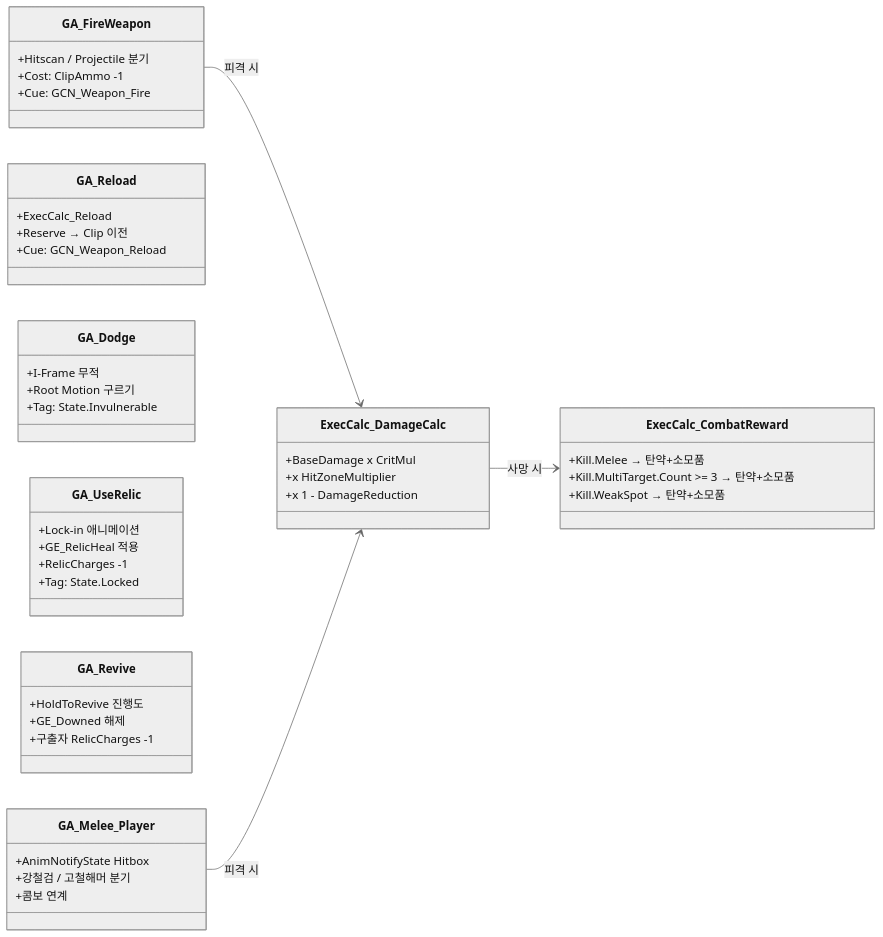
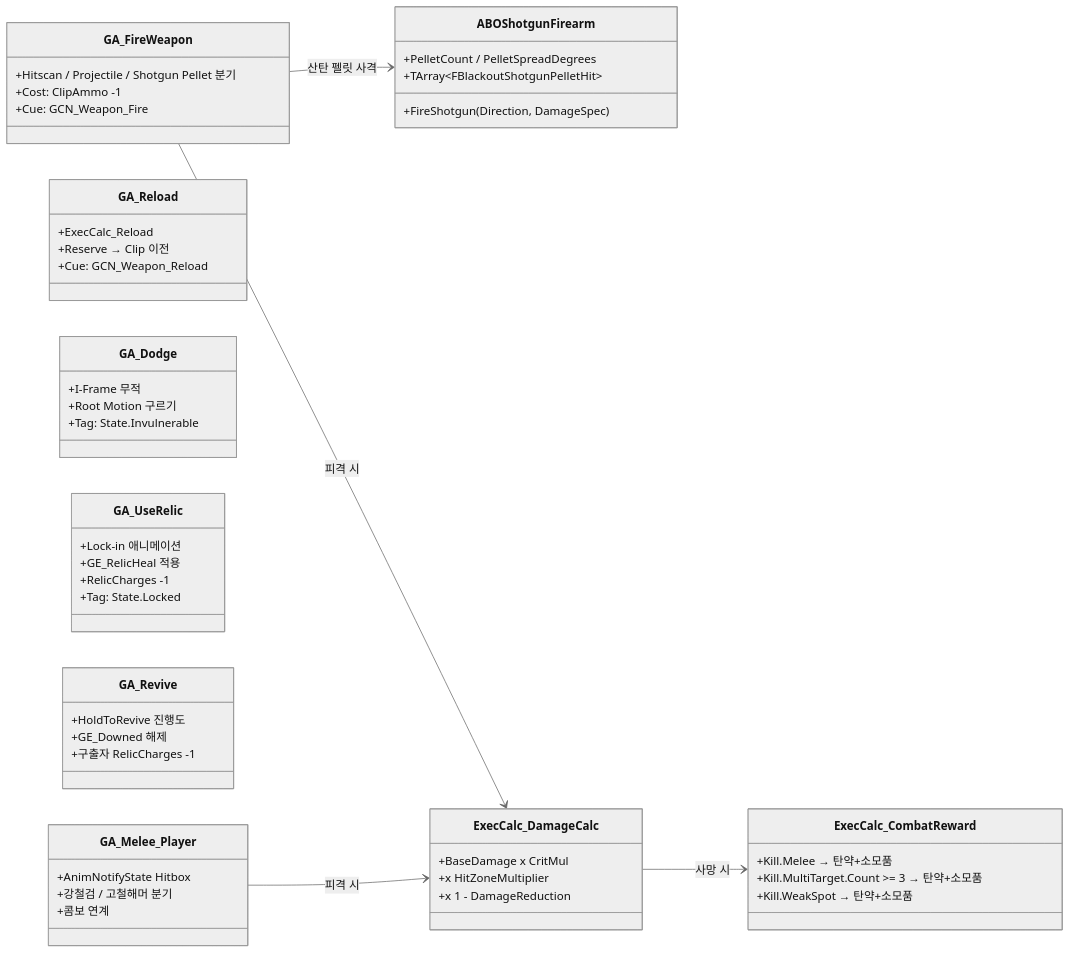
The sixth of 12 diagrams in Docs/Project_Blackout_클래스다이어그램.md (ThunderVolt45/ProjectBlackout), drawn with Mermaid (neutral theme) before and after one commit. The commit also changed 19 other files, not shown here.

````diff
--- a/Docs/Project_Blackout_클래스다이어그램.md
+++ b/Docs/Project_Blackout_클래스다이어그램.md
@@ -226,57 +226,64 @@
 ```mermaid
 classDiagram
     direction LR
 
     class GA_FireWeapon {
-        +Hitscan / Projectile 분기
+        +Hitscan / Projectile / Shotgun Pellet 분기
         +Cost: ClipAmmo -1
         +Cue: GCN_Weapon_Fire
     }
 
     class GA_Reload {
         +ExecCalc_Reload
         +Reserve → Clip 이전
         +Cue: GCN_Weapon_Reload
     }
 
     class GA_Dodge {
         +I-Frame 무적
         +Root Motion 구르기
         +Tag: State.Invulnerable
     }
 
     class GA_UseRelic {
         +Lock-in 애니메이션
         +GE_RelicHeal 적용
         +RelicCharges -1
         +Tag: State.Locked
     }
 
     class GA_Revive {
         +HoldToRevive 진행도
         +GE_Downed 해제
         +구출자 RelicCharges -1
     }
 
     class GA_Melee_Player {
         +AnimNotifyState Hitbox
         +강철검 / 고철해머 분기
         +콤보 연계
     }
 
     class ExecCalc_DamageCalc {
         +BaseDamage x CritMul
         +x HitZoneMultiplier
         +x 1 - DamageReduction
     }
 
     class ExecCalc_CombatReward {
         +Kill.Melee → 탄약+소모품
         +Kill.MultiTarget.Count >= 3 → 탄약+소모품
         +Kill.WeakSpot → 탄약+소모품
     }
 
+    class ABOShotgunFirearm {
+        +FireShotgun(Direction, DamageSpec)
+        +PelletCount / PelletSpreadDegrees
+        +TArray~FBlackoutShotgunPelletHit~
+    }
+
+    GA_FireWeapon --> ABOShotgunFirearm : 산탄 펠릿 사격
     GA_FireWeapon --> ExecCalc_DamageCalc : 피격 시
     GA_Melee_Player --> ExecCalc_DamageCalc : 피격 시
     ExecCalc_DamageCalc --> ExecCalc_CombatReward : 사망 시
 ```
````
